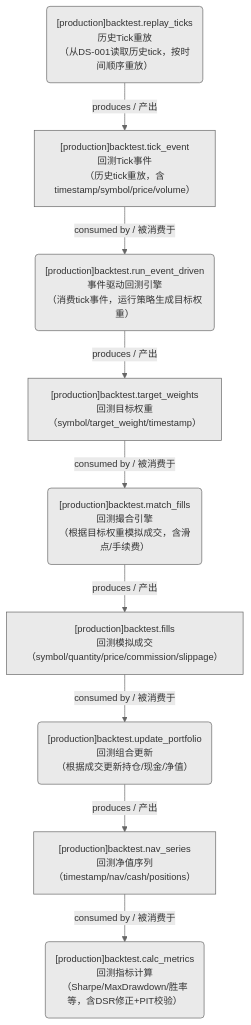
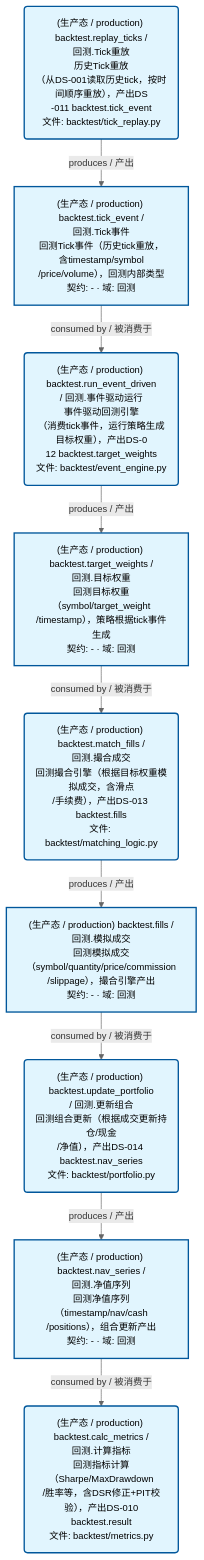
Before and after one commit to xuanFelixVan/ZephyrAlpha: the fourth of 4 diagrams in docs/02_enterprise_architecture/05_dataflow_architecture/dataflow_production.md, drawn with Mermaid. The commit also changed other lines of this file and 15 other files, not shown here.

First line of the commit message:
feat(dataflow): 数据流图生成器模板 V1.2 全面升级——灰色主题+TD竖排+四要素+预折行+HTML联动

````diff
--- a/docs/02_enterprise_architecture/05_dataflow_architecture/dataflow_production.md
+++ b/docs/02_enterprise_architecture/05_dataflow_architecture/dataflow_production.md
@@ -233,21 +296,26 @@
 ```mermaid
-%%{init: {'theme': 'base', 'themeVariables': {'primaryColor': '#eaeaea', 'primaryTextColor': '#333333', 'primaryBorderColor': '#666666', 'lineColor': '#666666', 'secondaryColor': '#eaeaea', 'tertiaryColor': '#eaeaea', 'fontSize': '14px'}}}%%
+%%{init: {'theme': 'base', 'themeVariables': {'primaryColor': '#eaeaea', 'primaryTextColor': '#333333', 'primaryBorderColor': '#666666', 'lineColor': '#666666', 'secondaryColor': '#eaeaea', 'tertiaryColor': '#eaeaea', 'clusterBkg': 'transparent', 'clusterBorder': 'transparent', 'fontSize': '14px'}}}%%
 flowchart TD
-    DS12959["[production]backtest.fills<br/>回测模拟成交<br/>（symbol/quantity/price/commission/slippage）"]
-    DS12960["[production]backtest.nav_series<br/>回测净值序列<br/>（timestamp/nav/cash/positions）"]
-    DS12958["[production]backtest.target_weights<br/>回测目标权重<br/>（symbol/target_weight/timestamp）"]
-    DS12957["[production]backtest.tick_event<br/>回测Tick事件<br/>（历史tick重放，含timestamp/symbol/price/volume）"]
-    JOB807126("[production]backtest.calc_metrics<br/>回测指标计算<br/>（Sharpe/MaxDrawdown/胜率等，含DSR修正+PIT校验）")
-    JOB807124("[production]backtest.match_fills<br/>回测撮合引擎<br/>（根据目标权重模拟成交，含滑点/手续费）")
-    JOB807122("[production]backtest.replay_ticks<br/>历史Tick重放<br/>（从DS-001读取历史tick，按时间顺序重放）")
-    JOB807123("[production]backtest.run_event_driven<br/>事件驱动回测引擎<br/>（消费tick事件，运行策略生成目标权重）")
-    JOB807125("[production]backtest.update_portfolio<br/>回测组合更新<br/>（根据成交更新持仓/现金/净值）")
-    JOB807122 -->|produces / 产出| DS12957
-    JOB807123 -->|produces / 产出| DS12958
-    JOB807124 -->|produces / 产出| DS12959
-    JOB807125 -->|produces / 产出| DS12960
-    DS12957 -->|consumed by / 被消费于| JOB807123
-    DS12958 -->|consumed by / 被消费于| JOB807124
-    DS12959 -->|consumed by / 被消费于| JOB807125
-    DS12960 -->|consumed by / 被消费于| JOB807126
+    DS16835["(生产态 / production) backtest.fills /<br/>回测.模拟成交<br/>回测模拟成交（symbol/quantity/price/commission<br/>/slippage），撮合引擎产出<br/>契约: - · 域: 回测"]
+    DS16836["(生产态 / production) backtest.nav_series /<br/>回测.净值序列<br/>回测净值序列（timestamp/nav/cash<br/>/positions），组合更新产出<br/>契约: - · 域: 回测"]
+    DS16834["(生产态 / production) backtest.target_weights /<br/>回测.目标权重<br/>回测目标权重（symbol/target_weight<br/>/timestamp），策略根据tick事件生成<br/>契约: - · 域: 回测"]
+    DS16833["(生产态 / production) backtest.tick_event /<br/>回测.Tick事件<br/>回测Tick事件（历史tick重放，含timestamp/symbol<br/>/price/volume），回测内部类型<br/>契约: - · 域: 回测"]
+    JOB859267("(生产态 / production) backtest.calc_metrics /<br/>回测.计算指标<br/>回测指标计算（Sharpe/MaxDrawdown<br/>/胜率等，含DSR修正+PIT校验），产出DS-010<br/>backtest.result<br/>文件: backtest/metrics.py")
+    JOB859265("(生产态 / production) backtest.match_fills /<br/>回测.撮合成交<br/>回测撮合引擎（根据目标权重模拟成交，含滑点<br/>/手续费），产出DS-013 backtest.fills<br/>文件: backtest/matching_logic.py")
+    JOB859263("(生产态 / production) backtest.replay_ticks /<br/>回测.Tick重放<br/>历史Tick重放<br/>（从DS-001读取历史tick，按时间顺序重放），产出DS<br/>-011 backtest.tick_event<br/>文件: backtest/tick_replay.py")
+    JOB859264("(生产态 / production) backtest.run_event_driven<br/>/ 回测.事件驱动运行<br/>事件驱动回测引擎<br/>（消费tick事件，运行策略生成目标权重），产出DS-0<br/>12 backtest.target_weights<br/>文件: backtest/event_engine.py")
+    JOB859266("(生产态 / production) backtest.update_portfolio<br/>/ 回测.更新组合<br/>回测组合更新（根据成交更新持仓/现金<br/>/净值），产出DS-014 backtest.nav_series<br/>文件: backtest/portfolio.py")
+    JOB859263 -->|produces / 产出| DS16833
+    JOB859264 -->|produces / 产出| DS16834
+    JOB859265 -->|produces / 产出| DS16835
+    JOB859266 -->|produces / 产出| DS16836
+    DS16833 -->|consumed by / 被消费于| JOB859264
+    DS16834 -->|consumed by / 被消费于| JOB859265
+    DS16835 -->|consumed by / 被消费于| JOB859266
+    DS16836 -->|consumed by / 被消费于| JOB859267
+    classDef production fill:#e1f5fe,stroke:#01579b,stroke-width:2px,color:#000
+    classDef design fill:#fff3e0,stroke:#e65100,stroke-width:2px,color:#000,stroke-dasharray: 5 5
+    classDef external_prod fill:#e8f4fd,stroke:#0277bd,stroke-width:1px,color:#000
+    classDef external_design fill:#fff8e7,stroke:#ef6c00,stroke-width:1px,color:#000,stroke-dasharray: 5 5
+    class DS16835,DS16836,DS16834,DS16833,JOB859267,JOB859265,JOB859263,JOB859264,JOB859266 production
 ```
````
